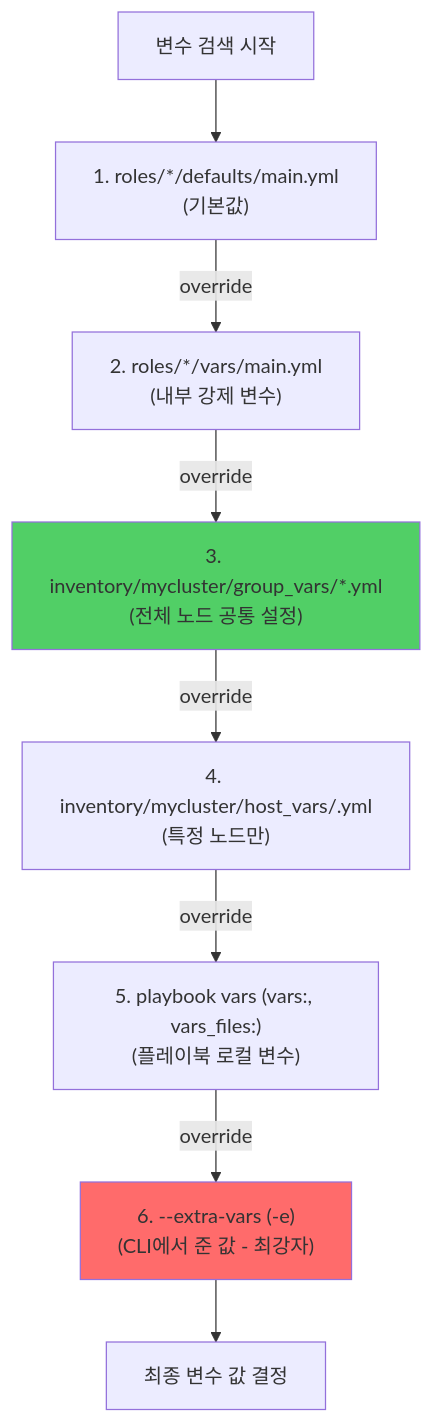
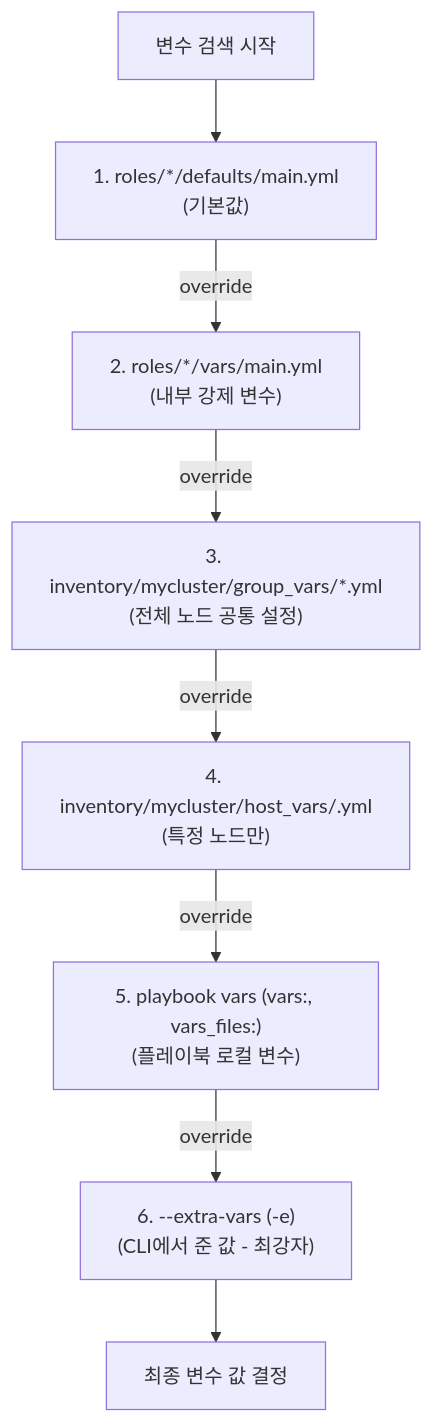
Before and after one commit to juwon8891/juwon8891.github.io: the eighth of 8 diagrams in docs/k8s-deploy/week5-kubespray-ha-upgrade.md, drawn with Mermaid. The commit also changed 18 other files, not shown here.

Commit message:
Remove bright colors from Mermaid diagrams for dark mode compatibility

````diff
--- a/docs/k8s-deploy/week5-kubespray-ha-upgrade.md
+++ b/docs/k8s-deploy/week5-kubespray-ha-upgrade.md
@@ -1186,13 +1186,11 @@
 ```mermaid
 graph TB
     Start["변수 검색 시작"] --> RoleDefaults["1. roles/*/defaults/main.yml<br/>(기본값)"]
     RoleDefaults -->|override| RoleVars["2. roles/*/vars/main.yml<br/>(내부 강제 변수)"]
     RoleVars -->|override| GroupVars["3. inventory/mycluster/group_vars/*.yml<br/>(전체 노드 공통 설정)"]
     GroupVars -->|override| HostVars["4. inventory/mycluster/host_vars/<node>.yml<br/>(특정 노드만)"]
     HostVars -->|override| PlaybookVars["5. playbook vars (vars:, vars_files:)<br/>(플레이북 로컬 변수)"]
     PlaybookVars -->|override| ExtraVars["6. --extra-vars (-e)<br/>(CLI에서 준 값 - 최강자)"]
     ExtraVars --> End["최종 변수 값 결정"]
 
-    style ExtraVars fill:#ff6b6b
-    style GroupVars fill:#51cf66
 ```
````
